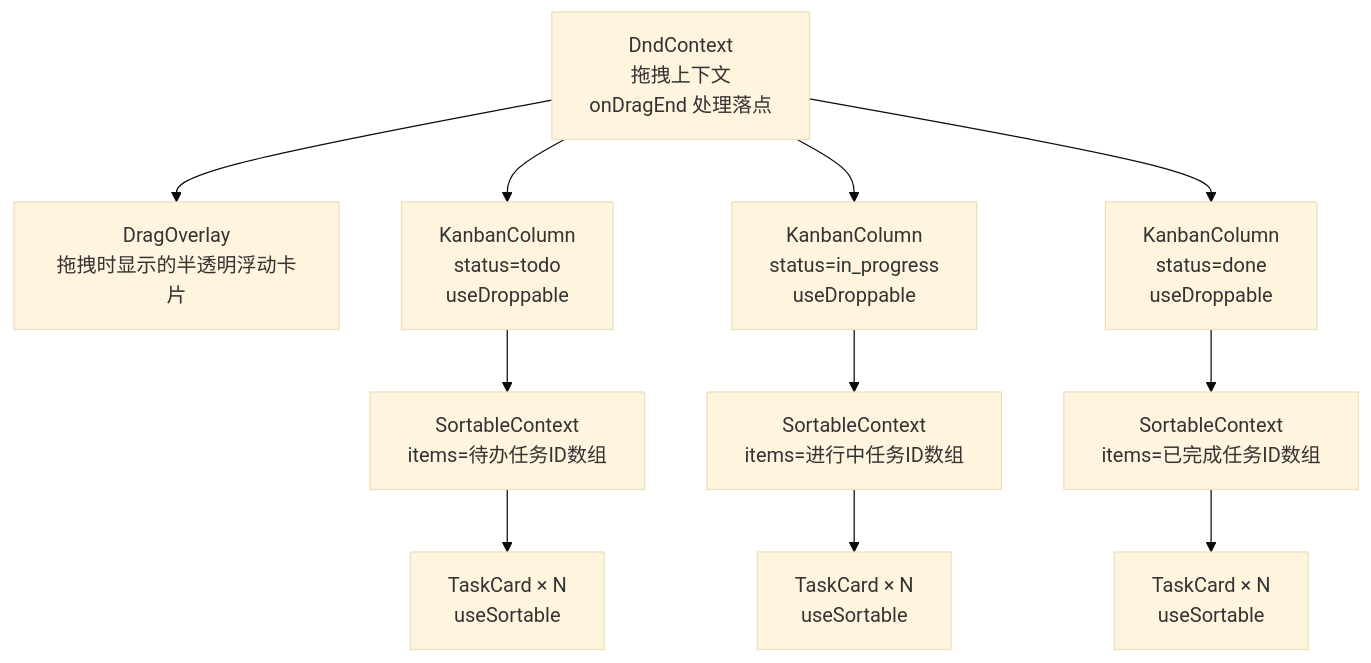
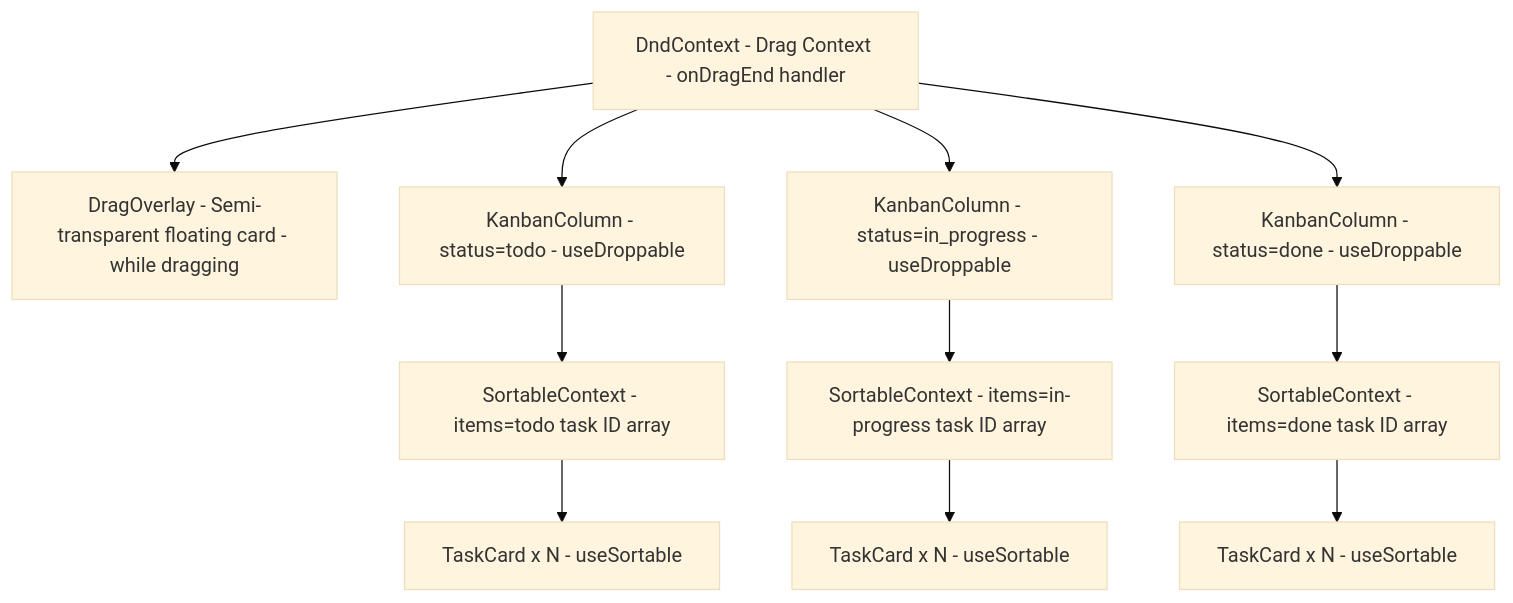
Diagram 11 of 12 in docs/ARCHITECTURE.md (kindywu/task-manager), drawn with Mermaid (base theme) before and after one commit. The commit also changed other lines of this file and 1 other file, not shown here.

````diff
--- a/docs/ARCHITECTURE.md
+++ b/docs/ARCHITECTURE.md
@@ -987,30 +1058,30 @@
 ```mermaid
 graph TB
-    DND[DndContext<br/>拖拽上下文<br/>onDragEnd 处理落点]
-    OVERLAY[DragOverlay<br/>拖拽时显示的半透明浮动卡片]
+    DND["DndContext - Drag Context - onDragEnd handler"]
+    OVERLAY["DragOverlay - Semi-transparent floating card - while dragging"]
 
-    COL1[KanbanColumn<br/>status=todo<br/>useDroppable]
-    COL2[KanbanColumn<br/>status=in_progress<br/>useDroppable]
-    COL3[KanbanColumn<br/>status=done<br/>useDroppable]
+    COL1[KanbanColumn - status=todo - useDroppable]
+    COL2[KanbanColumn - status=in_progress - useDroppable]
+    COL3[KanbanColumn - status=done - useDroppable]
 
-    SC1[SortableContext<br/>items=待办任务ID数组]
-    SC2[SortableContext<br/>items=进行中任务ID数组]
-    SC3[SortableContext<br/>items=已完成任务ID数组]
+    SC1["SortableContext - items=todo task ID array"]
+    SC2["SortableContext - items=in-progress task ID array"]
+    SC3["SortableContext - items=done task ID array"]
 
-    C1[TaskCard × N<br/>useSortable]
-    C2[TaskCard × N<br/>useSortable]
-    C3[TaskCard × N<br/>useSortable]
+    C1[TaskCard x N - useSortable]
+    C2[TaskCard x N - useSortable]
+    C3[TaskCard x N - useSortable]
 
     DND --> COL1
     DND --> COL2
     DND --> COL3
     DND --> OVERLAY
 
     COL1 --> SC1
     COL2 --> SC2
     COL3 --> SC3
 
     SC1 --> C1
     SC2 --> C2
     SC3 --> C3
 ```
````
